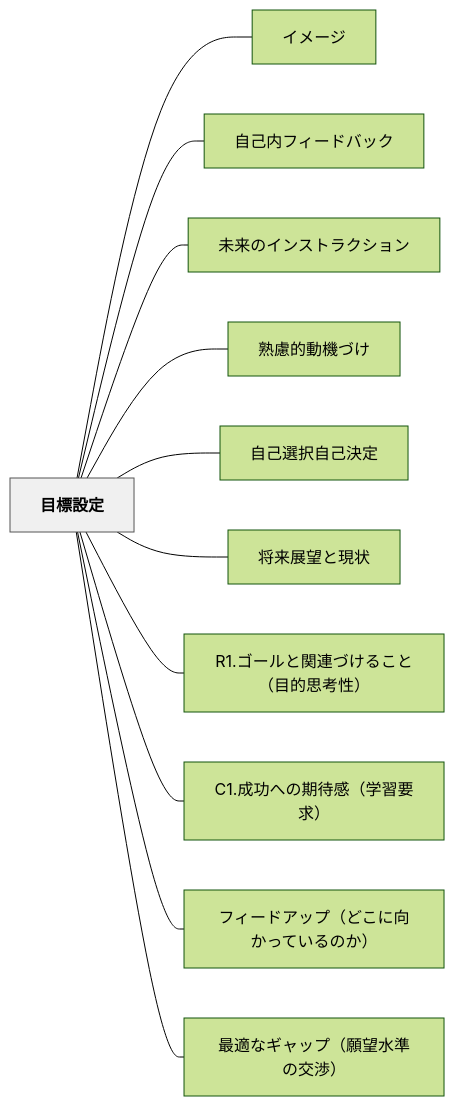
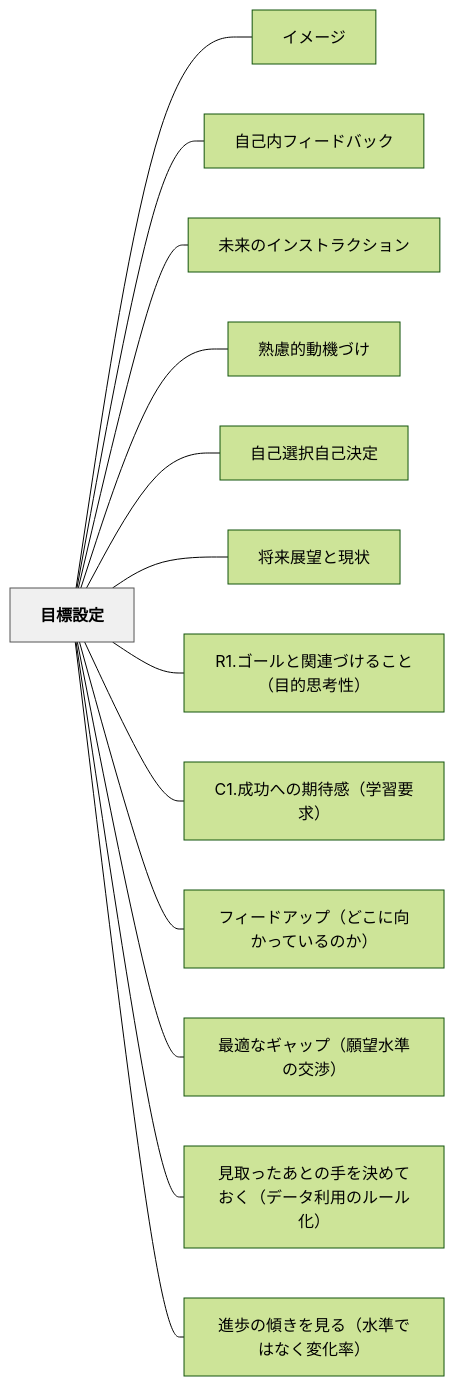
One commit to unknownthings-ed-patterns/unknownthings-ed-patterns changed the diagram in content/パタン/目標設定.md. Above: the diagram before and after it, drawn with Mermaid (forest theme). The commit also changed other lines of this file and 26 other files, not shown here.

````diff
--- a/content/パタン/目標設定.md
+++ b/content/パタン/目標設定.md
@@ -43,28 +43,32 @@
 ```mermaid
 flowchart LR
     ne79baee6a899e8a8ade5ae9a["目標設定"]
     ne382a4e383a1e383bce382b8["イメージ"]
     ne887aae5b7b1e58685e38395e382a3e383bce38389e38390e38383e382af["自己内フィードバック"]
     ne69caae69da5e381aee382a4e383b3e382b9e38388e383a9e382afe382b7e383a7e383b3["未来のインストラクション"]
     ne7869fe685aee79a84e58b95e6a99fe381a5e38191["熟慮的動機づけ"]
     ne887aae5b7b1e981b8e68a9ee887aae5b7b1e6b1bae5ae9a["自己選択自己決定"]
     ne5b086e69da5e5b195e69c9be381a8e78fbee78ab6["将来展望と現状"]
     n52312ee382b4e383bce383abe381a8e996a2e980a3e381a5e38191e3828be38193e381a8efbc88e79baee79a84e6809de88083e680a7efbc89["R1.ゴールと関連づけること（目的思考性）"]
     n43312ee68890e58a9fe381b8e381aee69c9fe5be85e6849fefbc88e5ada6e7bf92e8a681e6b182efbc89["C1.成功への期待感（学習要求）"]
     ne38395e382a3e383bce38389e382a2e38383e38397efbc88e381a9e38193e381abe59091e3818be381a3e381a6e38184e3828be381aee3818befbc89["フィードアップ（どこに向かっているのか）"]
     ne69c80e981a9e381aae382aee383a3e38383e38397efbc88e9a198e69c9be6b0b4e6ba96e381aee4baa4e6b889efbc89["最適なギャップ（願望水準の交渉）"]
+    ne8a68be58f96e381a3e3819fe38182e381a8e381aee6898be38292e6b1bae38281e381a6e3818ae3818fefbc88e38387e383bce382bfe588a9e794a8e381aee383abe383bce383abe58c96efbc89["見取ったあとの手を決めておく（データ利用のルール化）"]
+    ne980b2e6ada9e381aee582bee3818de38292e8a68be3828befbc88e6b0b4e6ba96e381a7e381afe381aae3818fe5a489e58c96e78e87efbc89["進歩の傾きを見る（水準ではなく変化率）"]
 
     ne79baee6a899e8a8ade5ae9a --- ne382a4e383a1e383bce382b8
     ne79baee6a899e8a8ade5ae9a --- ne887aae5b7b1e58685e38395e382a3e383bce38389e38390e38383e382af
     ne79baee6a899e8a8ade5ae9a --- ne69caae69da5e381aee382a4e383b3e382b9e38388e383a9e382afe382b7e383a7e383b3
     ne79baee6a899e8a8ade5ae9a --- ne7869fe685aee79a84e58b95e6a99fe381a5e38191
     ne79baee6a899e8a8ade5ae9a --- ne887aae5b7b1e981b8e68a9ee887aae5b7b1e6b1bae5ae9a
     ne79baee6a899e8a8ade5ae9a --- ne5b086e69da5e5b195e69c9be381a8e78fbee78ab6
     ne79baee6a899e8a8ade5ae9a --- n52312ee382b4e383bce383abe381a8e996a2e980a3e381a5e38191e3828be38193e381a8efbc88e79baee79a84e6809de88083e680a7efbc89
     ne79baee6a899e8a8ade5ae9a --- n43312ee68890e58a9fe381b8e381aee69c9fe5be85e6849fefbc88e5ada6e7bf92e8a681e6b182efbc89
     ne79baee6a899e8a8ade5ae9a --- ne38395e382a3e383bce38389e382a2e38383e38397efbc88e381a9e38193e381abe59091e3818be381a3e381a6e38184e3828be381aee3818befbc89
     ne79baee6a899e8a8ade5ae9a --- ne69c80e981a9e381aae382aee383a3e38383e38397efbc88e9a198e69c9be6b0b4e6ba96e381aee4baa4e6b889efbc89
+    ne79baee6a899e8a8ade5ae9a --- ne8a68be58f96e381a3e3819fe38182e381a8e381aee6898be38292e6b1bae38281e381a6e3818ae3818fefbc88e38387e383bce382bfe588a9e794a8e381aee383abe383bce383abe58c96efbc89
+    ne79baee6a899e8a8ade5ae9a --- ne980b2e6ada9e381aee582bee3818de38292e8a68be3828befbc88e6b0b4e6ba96e381a7e381afe381aae3818fe5a489e58c96e78e87efbc89
 
     classDef hub fill:#f0f0f0,stroke:#555,color:#000,font-weight:bold
     class ne79baee6a899e8a8ade5ae9a hub
 ```
````
